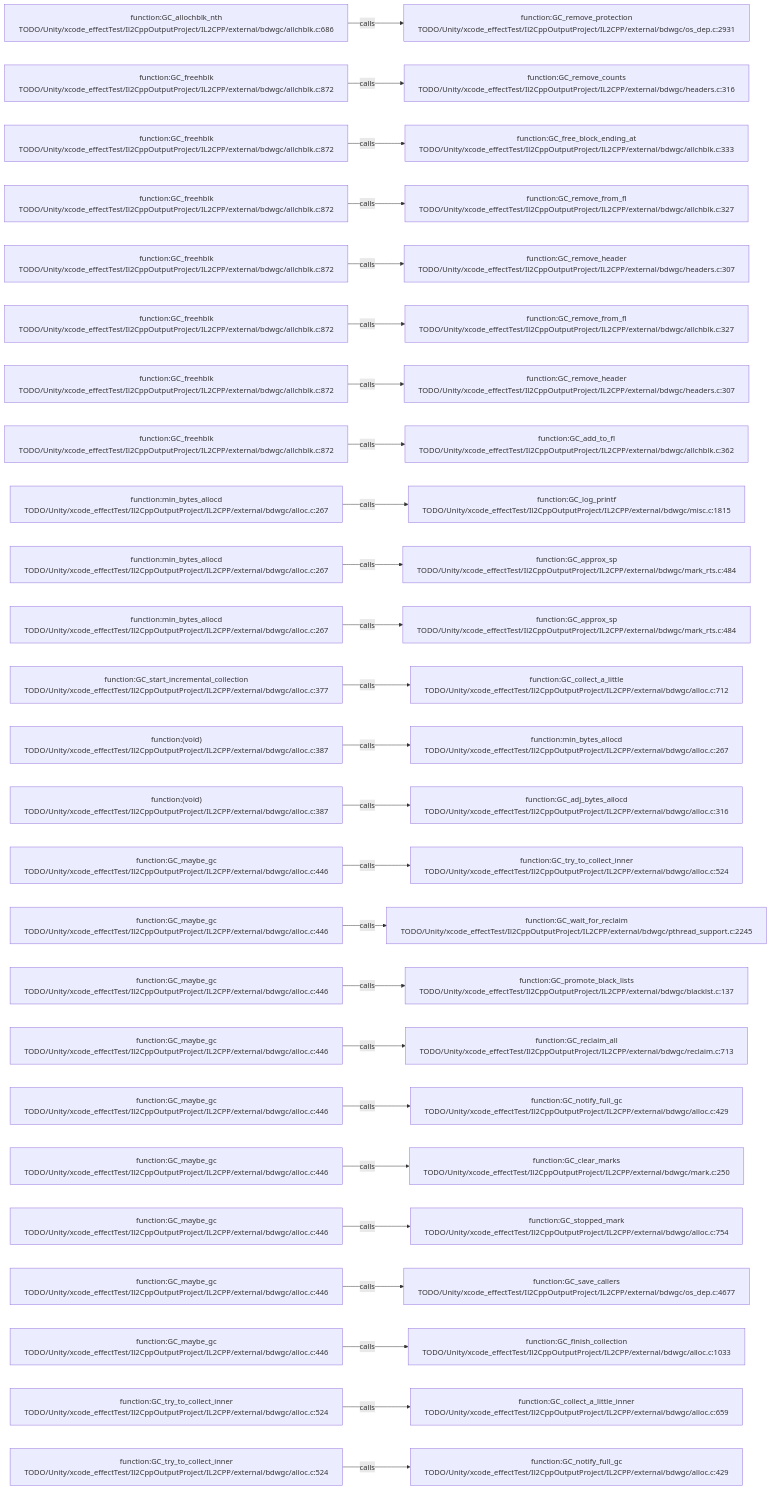
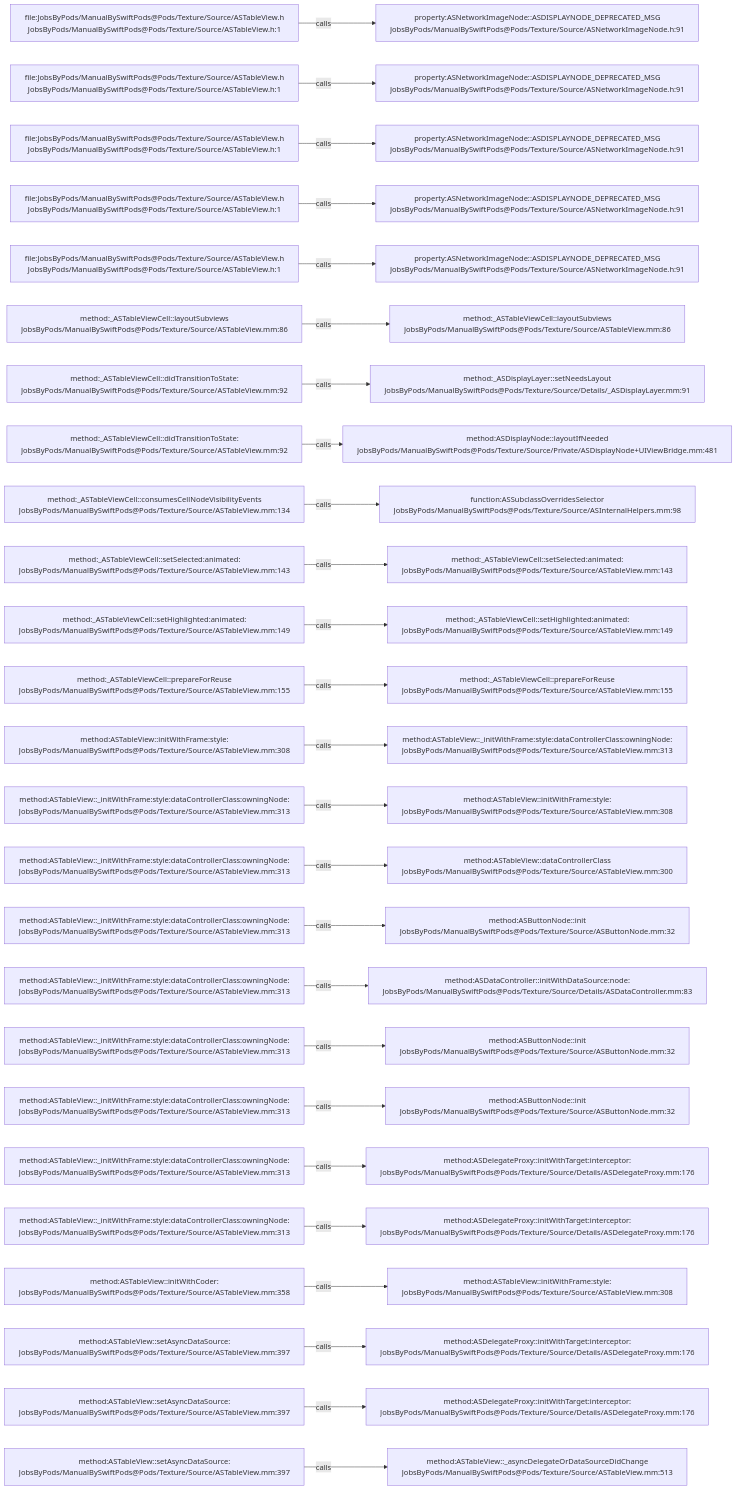
One commit to JobsKits/JobsSwiftBaseConfigDemo changed the diagram in .codegraph/codegraph.md/graphs/calls-077.md. Above: the diagram before and after it, drawn with Mermaid. The commit also changed 2959 other files, not shown here.

````diff
--- a/.codegraph/codegraph.md/graphs/calls-077.md
+++ b/.codegraph/codegraph.md/graphs/calls-077.md
@@ -13,78 +13,78 @@
 ```mermaid
 flowchart LR
-  S1["function:GC_allochblk_nth<br/>TODO/Unity/xcode_effectTest/Il2CppOutputProject/IL2CPP/external/bdwgc/allchblk.c:686"]
-  T1["function:GC_remove_protection<br/>TODO/Unity/xcode_effectTest/Il2CppOutputProject/IL2CPP/external/bdwgc/os_dep.c:2931"]
+  S1["file:JobsByPods/ManualBySwiftPods@Pods/Texture/Source/ASTableView.h<br/>JobsByPods/ManualBySwiftPods@Pods/Texture/Source/ASTableView.h:1"]
+  T1["property:ASNetworkImageNode::ASDISPLAYNODE_DEPRECATED_MSG<br/>JobsByPods/ManualBySwiftPods@Pods/Texture/Source/ASNetworkImageNode.h:91"]
   S1 -->|calls| T1
-  S2["function:GC_freehblk<br/>TODO/Unity/xcode_effectTest/Il2CppOutputProject/IL2CPP/external/bdwgc/allchblk.c:872"]
-  T2["function:GC_remove_counts<br/>TODO/Unity/xcode_effectTest/Il2CppOutputProject/IL2CPP/external/bdwgc/headers.c:316"]
+  S2["file:JobsByPods/ManualBySwiftPods@Pods/Texture/Source/ASTableView.h<br/>JobsByPods/ManualBySwiftPods@Pods/Texture/Source/ASTableView.h:1"]
+  T2["property:ASNetworkImageNode::ASDISPLAYNODE_DEPRECATED_MSG<br/>JobsByPods/ManualBySwiftPods@Pods/Texture/Source/ASNetworkImageNode.h:91"]
   S2 -->|calls| T2
-  S3["function:GC_freehblk<br/>TODO/Unity/xcode_effectTest/Il2CppOutputProject/IL2CPP/external/bdwgc/allchblk.c:872"]
-  T3["function:GC_free_block_ending_at<br/>TODO/Unity/xcode_effectTest/Il2CppOutputProject/IL2CPP/external/bdwgc/allchblk.c:333"]
+  S3["file:JobsByPods/ManualBySwiftPods@Pods/Texture/Source/ASTableView.h<br/>JobsByPods/ManualBySwiftPods@Pods/Texture/Source/ASTableView.h:1"]
+  T3["property:ASNetworkImageNode::ASDISPLAYNODE_DEPRECATED_MSG<br/>JobsByPods/ManualBySwiftPods@Pods/Texture/Source/ASNetworkImageNode.h:91"]
   S3 -->|calls| T3
-  S4["function:GC_freehblk<br/>TODO/Unity/xcode_effectTest/Il2CppOutputProject/IL2CPP/external/bdwgc/allchblk.c:872"]
-  T4["function:GC_remove_from_fl<br/>TODO/Unity/xcode_effectTest/Il2CppOutputProject/IL2CPP/external/bdwgc/allchblk.c:327"]
+  S4["file:JobsByPods/ManualBySwiftPods@Pods/Texture/Source/ASTableView.h<br/>JobsByPods/ManualBySwiftPods@Pods/Texture/Source/ASTableView.h:1"]
+  T4["property:ASNetworkImageNode::ASDISPLAYNODE_DEPRECATED_MSG<br/>JobsByPods/ManualBySwiftPods@Pods/Texture/Source/ASNetworkImageNode.h:91"]
   S4 -->|calls| T4
-  S5["function:GC_freehblk<br/>TODO/Unity/xcode_effectTest/Il2CppOutputProject/IL2CPP/external/bdwgc/allchblk.c:872"]
-  T5["function:GC_remove_header<br/>TODO/Unity/xcode_effectTest/Il2CppOutputProject/IL2CPP/external/bdwgc/headers.c:307"]
+  S5["file:JobsByPods/ManualBySwiftPods@Pods/Texture/Source/ASTableView.h<br/>JobsByPods/ManualBySwiftPods@Pods/Texture/Source/ASTableView.h:1"]
+  T5["property:ASNetworkImageNode::ASDISPLAYNODE_DEPRECATED_MSG<br/>JobsByPods/ManualBySwiftPods@Pods/Texture/Source/ASNetworkImageNode.h:91"]
   S5 -->|calls| T5
-  S6["function:GC_freehblk<br/>TODO/Unity/xcode_effectTest/Il2CppOutputProject/IL2CPP/external/bdwgc/allchblk.c:872"]
-  T6["function:GC_remove_from_fl<br/>TODO/Unity/xcode_effectTest/Il2CppOutputProject/IL2CPP/external/bdwgc/allchblk.c:327"]
+  S6["method:_ASTableViewCell::layoutSubviews<br/>JobsByPods/ManualBySwiftPods@Pods/Texture/Source/ASTableView.mm:86"]
+  T6["method:_ASTableViewCell::layoutSubviews<br/>JobsByPods/ManualBySwiftPods@Pods/Texture/Source/ASTableView.mm:86"]
   S6 -->|calls| T6
-  S7["function:GC_freehblk<br/>TODO/Unity/xcode_effectTest/Il2CppOutputProject/IL2CPP/external/bdwgc/allchblk.c:872"]
-  T7["function:GC_remove_header<br/>TODO/Unity/xcode_effectTest/Il2CppOutputProject/IL2CPP/external/bdwgc/headers.c:307"]
+  S7["method:_ASTableViewCell::didTransitionToState:<br/>JobsByPods/ManualBySwiftPods@Pods/Texture/Source/ASTableView.mm:92"]
+  T7["method:_ASDisplayLayer::setNeedsLayout<br/>JobsByPods/ManualBySwiftPods@Pods/Texture/Source/Details/_ASDisplayLayer.mm:91"]
   S7 -->|calls| T7
-  S8["function:GC_freehblk<br/>TODO/Unity/xcode_effectTest/Il2CppOutputProject/IL2CPP/external/bdwgc/allchblk.c:872"]
-  T8["function:GC_add_to_fl<br/>TODO/Unity/xcode_effectTest/Il2CppOutputProject/IL2CPP/external/bdwgc/allchblk.c:362"]
+  S8["method:_ASTableViewCell::didTransitionToState:<br/>JobsByPods/ManualBySwiftPods@Pods/Texture/Source/ASTableView.mm:92"]
+  T8["method:ASDisplayNode::layoutIfNeeded<br/>JobsByPods/ManualBySwiftPods@Pods/Texture/Source/Private/ASDisplayNode+UIViewBridge.mm:481"]
   S8 -->|calls| T8
-  S9["function:min_bytes_allocd<br/>TODO/Unity/xcode_effectTest/Il2CppOutputProject/IL2CPP/external/bdwgc/alloc.c:267"]
-  T9["function:GC_log_printf<br/>TODO/Unity/xcode_effectTest/Il2CppOutputProject/IL2CPP/external/bdwgc/misc.c:1815"]
+  S9["method:_ASTableViewCell::consumesCellNodeVisibilityEvents<br/>JobsByPods/ManualBySwiftPods@Pods/Texture/Source/ASTableView.mm:134"]
+  T9["function:ASSubclassOverridesSelector<br/>JobsByPods/ManualBySwiftPods@Pods/Texture/Source/ASInternalHelpers.mm:98"]
   S9 -->|calls| T9
-  S10["function:min_bytes_allocd<br/>TODO/Unity/xcode_effectTest/Il2CppOutputProject/IL2CPP/external/bdwgc/alloc.c:267"]
-  T10["function:GC_approx_sp<br/>TODO/Unity/xcode_effectTest/Il2CppOutputProject/IL2CPP/external/bdwgc/mark_rts.c:484"]
+  S10["method:_ASTableViewCell::setSelected:animated:<br/>JobsByPods/ManualBySwiftPods@Pods/Texture/Source/ASTableView.mm:143"]
+  T10["method:_ASTableViewCell::setSelected:animated:<br/>JobsByPods/ManualBySwiftPods@Pods/Texture/Source/ASTableView.mm:143"]
   S10 -->|calls| T10
-  S11["function:min_bytes_allocd<br/>TODO/Unity/xcode_effectTest/Il2CppOutputProject/IL2CPP/external/bdwgc/alloc.c:267"]
-  T11["function:GC_approx_sp<br/>TODO/Unity/xcode_effectTest/Il2CppOutputProject/IL2CPP/external/bdwgc/mark_rts.c:484"]
+  S11["method:_ASTableViewCell::setHighlighted:animated:<br/>JobsByPods/ManualBySwiftPods@Pods/Texture/Source/ASTableView.mm:149"]
+  T11["method:_ASTableViewCell::setHighlighted:animated:<br/>JobsByPods/ManualBySwiftPods@Pods/Texture/Source/ASTableView.mm:149"]
   S11 -->|calls| T11
-  S12["function:GC_start_incremental_collection<br/>TODO/Unity/xcode_effectTest/Il2CppOutputProject/IL2CPP/external/bdwgc/alloc.c:377"]
-  T12["function:GC_collect_a_little<br/>TODO/Unity/xcode_effectTest/Il2CppOutputProject/IL2CPP/external/bdwgc/alloc.c:712"]
+  S12["method:_ASTableViewCell::prepareForReuse<br/>JobsByPods/ManualBySwiftPods@Pods/Texture/Source/ASTableView.mm:155"]
+  T12["method:_ASTableViewCell::prepareForReuse<br/>JobsByPods/ManualBySwiftPods@Pods/Texture/Source/ASTableView.mm:155"]
   S12 -->|calls| T12
-  S13["function:(void)<br/>TODO/Unity/xcode_effectTest/Il2CppOutputProject/IL2CPP/external/bdwgc/alloc.c:387"]
-  T13["function:min_bytes_allocd<br/>TODO/Unity/xcode_effectTest/Il2CppOutputProject/IL2CPP/external/bdwgc/alloc.c:267"]
+  S13["method:ASTableView::initWithFrame:style:<br/>JobsByPods/ManualBySwiftPods@Pods/Texture/Source/ASTableView.mm:308"]
+  T13["method:ASTableView::_initWithFrame:style:dataControllerClass:owningNode:<br/>JobsByPods/ManualBySwiftPods@Pods/Texture/Source/ASTableView.mm:313"]
   S13 -->|calls| T13
-  S14["function:(void)<br/>TODO/Unity/xcode_effectTest/Il2CppOutputProject/IL2CPP/external/bdwgc/alloc.c:387"]
-  T14["function:GC_adj_bytes_allocd<br/>TODO/Unity/xcode_effectTest/Il2CppOutputProject/IL2CPP/external/bdwgc/alloc.c:316"]
+  S14["method:ASTableView::_initWithFrame:style:dataControllerClass:owningNode:<br/>JobsByPods/ManualBySwiftPods@Pods/Texture/Source/ASTableView.mm:313"]
+  T14["method:ASTableView::initWithFrame:style:<br/>JobsByPods/ManualBySwiftPods@Pods/Texture/Source/ASTableView.mm:308"]
   S14 -->|calls| T14
-  S15["function:GC_maybe_gc<br/>TODO/Unity/xcode_effectTest/Il2CppOutputProject/IL2CPP/external/bdwgc/alloc.c:446"]
-  T15["function:GC_try_to_collect_inner<br/>TODO/Unity/xcode_effectTest/Il2CppOutputProject/IL2CPP/external/bdwgc/alloc.c:524"]
+  S15["method:ASTableView::_initWithFrame:style:dataControllerClass:owningNode:<br/>JobsByPods/ManualBySwiftPods@Pods/Texture/Source/ASTableView.mm:313"]
+  T15["method:ASTableView::dataControllerClass<br/>JobsByPods/ManualBySwiftPods@Pods/Texture/Source/ASTableView.mm:300"]
   S15 -->|calls| T15
-  S16["function:GC_maybe_gc<br/>TODO/Unity/xcode_effectTest/Il2CppOutputProject/IL2CPP/external/bdwgc/alloc.c:446"]
-  T16["function:GC_wait_for_reclaim<br/>TODO/Unity/xcode_effectTest/Il2CppOutputProject/IL2CPP/external/bdwgc/pthread_support.c:2245"]
+  S16["method:ASTableView::_initWithFrame:style:dataControllerClass:owningNode:<br/>JobsByPods/ManualBySwiftPods@Pods/Texture/Source/ASTableView.mm:313"]
+  T16["method:ASButtonNode::init<br/>JobsByPods/ManualBySwiftPods@Pods/Texture/Source/ASButtonNode.mm:32"]
   S16 -->|calls| T16
-  S17["function:GC_maybe_gc<br/>TODO/Unity/xcode_effectTest/Il2CppOutputProject/IL2CPP/external/bdwgc/alloc.c:446"]
-  T17["function:GC_promote_black_lists<br/>TODO/Unity/xcode_effectTest/Il2CppOutputProject/IL2CPP/external/bdwgc/blacklst.c:137"]
+  S17["method:ASTableView::_initWithFrame:style:dataControllerClass:owningNode:<br/>JobsByPods/ManualBySwiftPods@Pods/Texture/Source/ASTableView.mm:313"]
+  T17["method:ASDataController::initWithDataSource:node:<br/>JobsByPods/ManualBySwiftPods@Pods/Texture/Source/Details/ASDataController.mm:83"]
   S17 -->|calls| T17
-  S18["function:GC_maybe_gc<br/>TODO/Unity/xcode_effectTest/Il2CppOutputProject/IL2CPP/external/bdwgc/alloc.c:446"]
-  T18["function:GC_reclaim_all<br/>TODO/Unity/xcode_effectTest/Il2CppOutputProject/IL2CPP/external/bdwgc/reclaim.c:713"]
+  S18["method:ASTableView::_initWithFrame:style:dataControllerClass:owningNode:<br/>JobsByPods/ManualBySwiftPods@Pods/Texture/Source/ASTableView.mm:313"]
+  T18["method:ASButtonNode::init<br/>JobsByPods/ManualBySwiftPods@Pods/Texture/Source/ASButtonNode.mm:32"]
   S18 -->|calls| T18
-  S19["function:GC_maybe_gc<br/>TODO/Unity/xcode_effectTest/Il2CppOutputProject/IL2CPP/external/bdwgc/alloc.c:446"]
-  T19["function:GC_notify_full_gc<br/>TODO/Unity/xcode_effectTest/Il2CppOutputProject/IL2CPP/external/bdwgc/alloc.c:429"]
+  S19["method:ASTableView::_initWithFrame:style:dataControllerClass:owningNode:<br/>JobsByPods/ManualBySwiftPods@Pods/Texture/Source/ASTableView.mm:313"]
+  T19["method:ASButtonNode::init<br/>JobsByPods/ManualBySwiftPods@Pods/Texture/Source/ASButtonNode.mm:32"]
   S19 -->|calls| T19
-  S20["function:GC_maybe_gc<br/>TODO/Unity/xcode_effectTest/Il2CppOutputProject/IL2CPP/external/bdwgc/alloc.c:446"]
-  T20["function:GC_clear_marks<br/>TODO/Unity/xcode_effectTest/Il2CppOutputProject/IL2CPP/external/bdwgc/mark.c:250"]
+  S20["method:ASTableView::_initWithFrame:style:dataControllerClass:owningNode:<br/>JobsByPods/ManualBySwiftPods@Pods/Texture/Source/ASTableView.mm:313"]
+  T20["method:ASDelegateProxy::initWithTarget:interceptor:<br/>JobsByPods/ManualBySwiftPods@Pods/Texture/Source/Details/ASDelegateProxy.mm:176"]
   S20 -->|calls| T20
-  S21["function:GC_maybe_gc<br/>TODO/Unity/xcode_effectTest/Il2CppOutputProject/IL2CPP/external/bdwgc/alloc.c:446"]
-  T21["function:GC_stopped_mark<br/>TODO/Unity/xcode_effectTest/Il2CppOutputProject/IL2CPP/external/bdwgc/alloc.c:754"]
+  S21["method:ASTableView::_initWithFrame:style:dataControllerClass:owningNode:<br/>JobsByPods/ManualBySwiftPods@Pods/Texture/Source/ASTableView.mm:313"]
+  T21["method:ASDelegateProxy::initWithTarget:interceptor:<br/>JobsByPods/ManualBySwiftPods@Pods/Texture/Source/Details/ASDelegateProxy.mm:176"]
   S21 -->|calls| T21
-  S22["function:GC_maybe_gc<br/>TODO/Unity/xcode_effectTest/Il2CppOutputProject/IL2CPP/external/bdwgc/alloc.c:446"]
-  T22["function:GC_save_callers<br/>TODO/Unity/xcode_effectTest/Il2CppOutputProject/IL2CPP/external/bdwgc/os_dep.c:4677"]
+  S22["method:ASTableView::initWithCoder:<br/>JobsByPods/ManualBySwiftPods@Pods/Texture/Source/ASTableView.mm:358"]
+  T22["method:ASTableView::initWithFrame:style:<br/>JobsByPods/ManualBySwiftPods@Pods/Texture/Source/ASTableView.mm:308"]
   S22 -->|calls| T22
-  S23["function:GC_maybe_gc<br/>TODO/Unity/xcode_effectTest/Il2CppOutputProject/IL2CPP/external/bdwgc/alloc.c:446"]
-  T23["function:GC_finish_collection<br/>TODO/Unity/xcode_effectTest/Il2CppOutputProject/IL2CPP/external/bdwgc/alloc.c:1033"]
+  S23["method:ASTableView::setAsyncDataSource:<br/>JobsByPods/ManualBySwiftPods@Pods/Texture/Source/ASTableView.mm:397"]
+  T23["method:ASDelegateProxy::initWithTarget:interceptor:<br/>JobsByPods/ManualBySwiftPods@Pods/Texture/Source/Details/ASDelegateProxy.mm:176"]
   S23 -->|calls| T23
-  S24["function:GC_try_to_collect_inner<br/>TODO/Unity/xcode_effectTest/Il2CppOutputProject/IL2CPP/external/bdwgc/alloc.c:524"]
-  T24["function:GC_collect_a_little_inner<br/>TODO/Unity/xcode_effectTest/Il2CppOutputProject/IL2CPP/external/bdwgc/alloc.c:659"]
+  S24["method:ASTableView::setAsyncDataSource:<br/>JobsByPods/ManualBySwiftPods@Pods/Texture/Source/ASTableView.mm:397"]
+  T24["method:ASDelegateProxy::initWithTarget:interceptor:<br/>JobsByPods/ManualBySwiftPods@Pods/Texture/Source/Details/ASDelegateProxy.mm:176"]
   S24 -->|calls| T24
-  S25["function:GC_try_to_collect_inner<br/>TODO/Unity/xcode_effectTest/Il2CppOutputProject/IL2CPP/external/bdwgc/alloc.c:524"]
-  T25["function:GC_notify_full_gc<br/>TODO/Unity/xcode_effectTest/Il2CppOutputProject/IL2CPP/external/bdwgc/alloc.c:429"]
+  S25["method:ASTableView::setAsyncDataSource:<br/>JobsByPods/ManualBySwiftPods@Pods/Texture/Source/ASTableView.mm:397"]
+  T25["method:ASTableView::_asyncDelegateOrDataSourceDidChange<br/>JobsByPods/ManualBySwiftPods@Pods/Texture/Source/ASTableView.mm:513"]
   S25 -->|calls| T25
 ```
````
